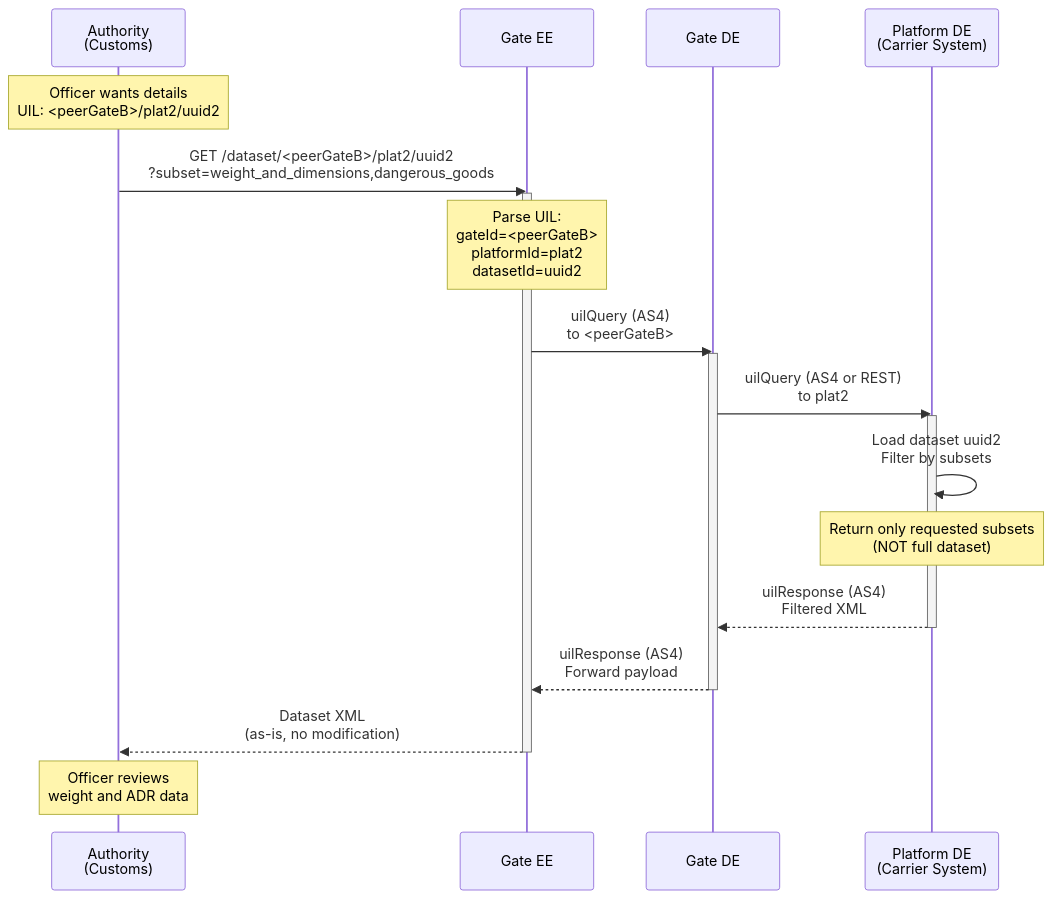
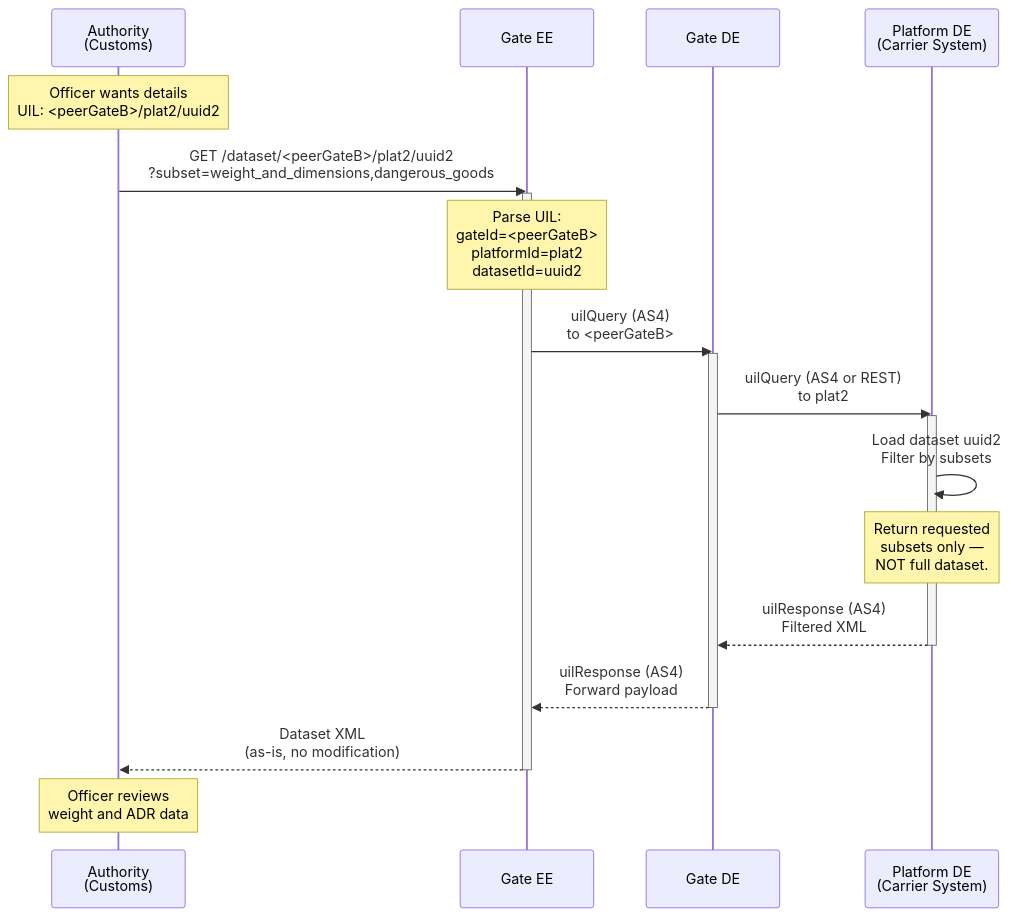
One commit to kemit-ee/efti-gate-ee changed the seventh of 11 diagrams in docs/architecture/eFTI-Gate-Reference-Architecture.md. Above: the diagram before and after it, drawn with Mermaid. The commit also changed 2 other files, not shown here.

Commit message:
docs(diagrams): tighten note lines in embedded markdown mermaid (≤ 25 chars)
Same fix as previous two commits, now applied to mermaid blocks embedded
in epic_23, epic_26, the architecture doc, and the EN/ET full-epics
bundles. PROMPT-07-Mermaid-Diagrams.md is intentionally skipped — it is
an internal planning prompt, not rendered docs. 122/122 mermaid blocks
still parse.

````diff
--- a/docs/architecture/eFTI-Gate-Reference-Architecture.md
+++ b/docs/architecture/eFTI-Gate-Reference-Architecture.md
@@ -379,35 +379,35 @@
 ```mermaid
 sequenceDiagram
     participant A as Authority<br/>(Customs)
     participant G1 as Gate EE
     participant G2 as Gate DE
     participant P as Platform DE<br/>(Carrier System)
 
     Note over A: Officer wants details<br/>UIL: <peerGateB>/plat2/uuid2
 
     A->>G1: GET /dataset/<peerGateB>/plat2/uuid2<br/>?subset=weight_and_dimensions,dangerous_goods
     activate G1
 
     Note over G1: Parse UIL:<br/>gateId=<peerGateB><br/>platformId=plat2<br/>datasetId=uuid2
 
     G1->>G2: uilQuery (AS4)<br/>to <peerGateB>
     activate G2
 
     G2->>P: uilQuery (AS4 or REST)<br/>to plat2
     activate P
 
     P->>P: Load dataset uuid2<br/>Filter by subsets
 
-    Note over P: Return only requested subsets<br/>(NOT full dataset)
+    Note over P: Return requested<br/>subsets only —<br/>NOT full dataset.
 
     P-->>G2: uilResponse (AS4)<br/>Filtered XML
     deactivate P
 
     G2-->>G1: uilResponse (AS4)<br/>Forward payload
     deactivate G2
 
     G1-->>A: Dataset XML<br/>(as-is, no modification)
     deactivate G1
 
     Note over A: Officer reviews<br/>weight and ADR data
 ```
````
